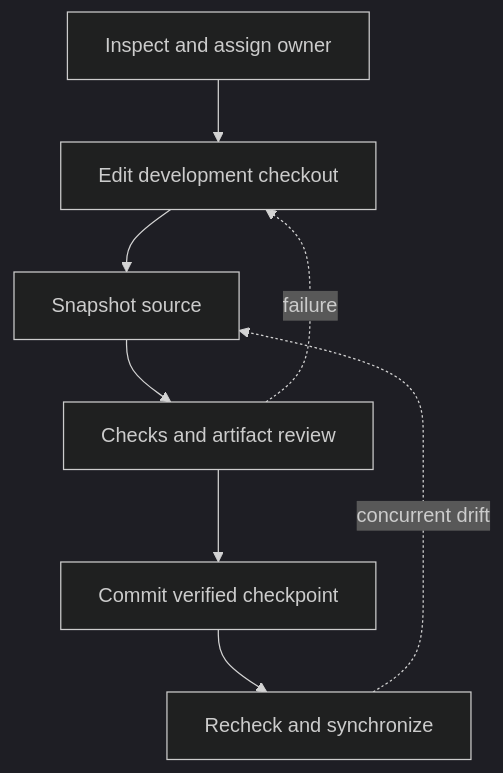
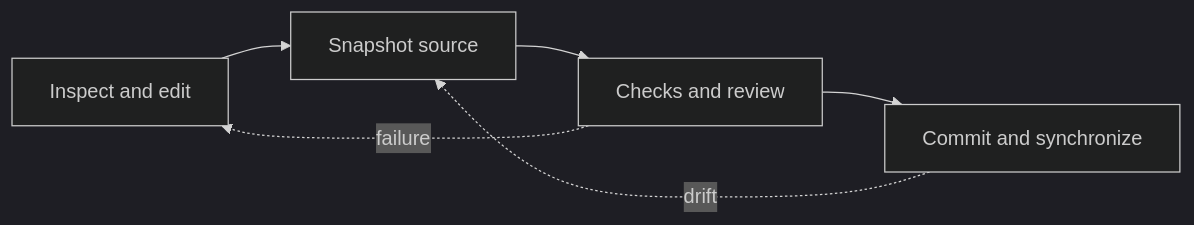
The diagram in docs/Development.md (crististefanita/ATF_AI), drawn with Mermaid (dark theme) before and after one commit. The commit also changed other lines of this file and 111 other files, not shown here.

````diff
--- a/docs/Development.md
+++ b/docs/Development.md
@@ -42,10 +42,8 @@
 ```mermaid
-flowchart TB
-    Inspect["Inspect and assign owner"] --> Edit["Edit development checkout"]
-    Edit --> Stage["Snapshot source"]
-    Stage --> Validate["Checks and artifact review"]
-    Validate --> Commit["Commit verified checkpoint"]
-    Commit --> Sync["Recheck and synchronize"]
-    Validate -. failure .-> Edit
-    Sync -. concurrent drift .-> Stage
+flowchart LR
+    Edit["Inspect and edit"] --> Stage["Snapshot source"]
+    Stage --> Verify["Checks and review"]
+    Verify --> Sync["Commit and synchronize"]
+    Verify -. failure .-> Edit
+    Sync -. drift .-> Stage
 ```
````
